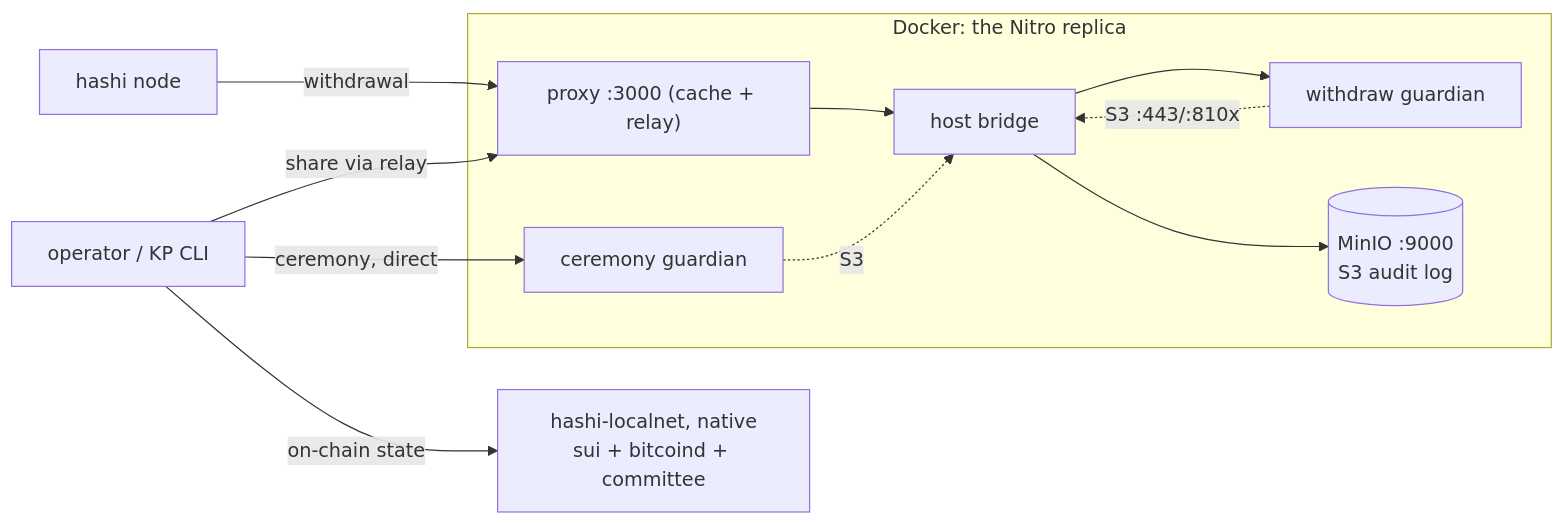
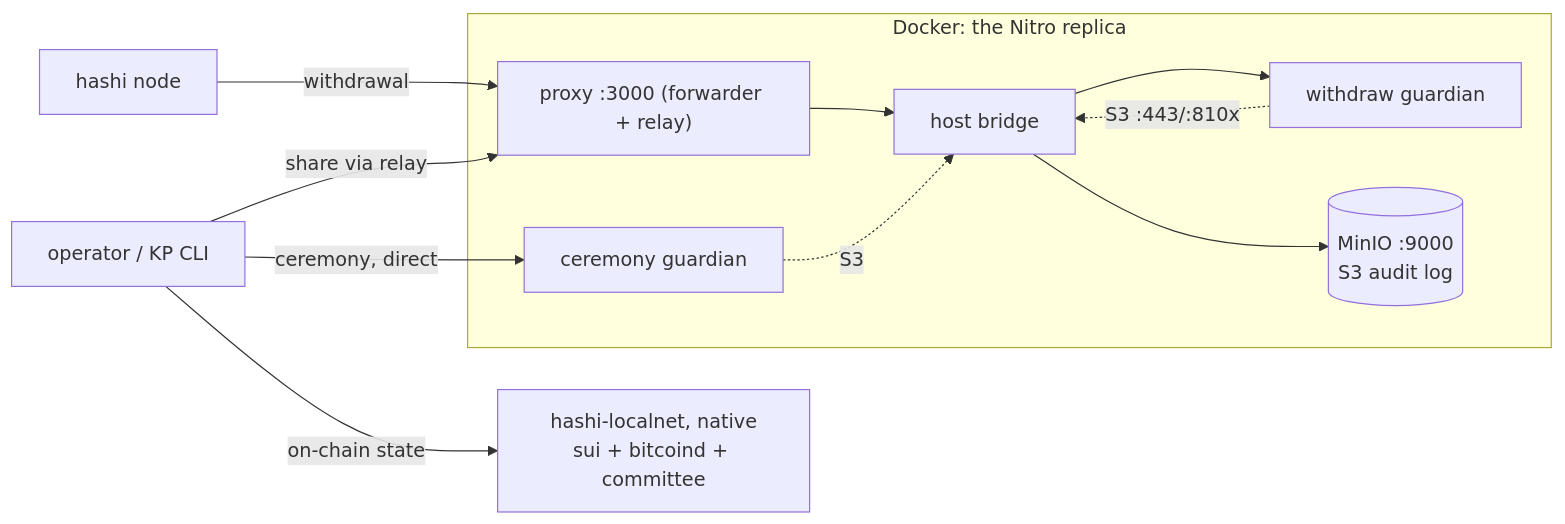
Before and after one commit to MystenLabs/hashi: the diagram in docker/hashi-guardian-local/README.md, drawn with Mermaid. The commit also changed 16 other files, not shown here.

First line of the commit message:
[guardian-proxy] Forward StandardWithdrawal without the wid cache

````diff
--- a/docker/hashi-guardian-local/README.md
+++ b/docker/hashi-guardian-local/README.md
@@ -9,24 +9,24 @@
 ```mermaid
 flowchart LR
     node[hashi node]
     cli["operator / KP CLI"]
 
     subgraph docker["Docker: the Nitro replica"]
-        proxy["proxy :3000 (cache + relay)"]
+        proxy["proxy :3000 (forwarder + relay)"]
         host[host bridge]
         enclave[withdraw guardian]
         ceremony[ceremony guardian]
         minio[("MinIO :9000<br/>S3 audit log")]
         proxy --> host --> enclave
         enclave -.->|"S3 :443/:810x"| host
         ceremony -.->|S3| host
         host --> minio
     end
 
     localnet["hashi-localnet, native<br/>sui + bitcoind + committee"]
 
     node -->|withdrawal| proxy
     cli -->|share via relay| proxy
     cli -->|ceremony, direct| ceremony
     cli -->|on-chain state| localnet
 ```
````
